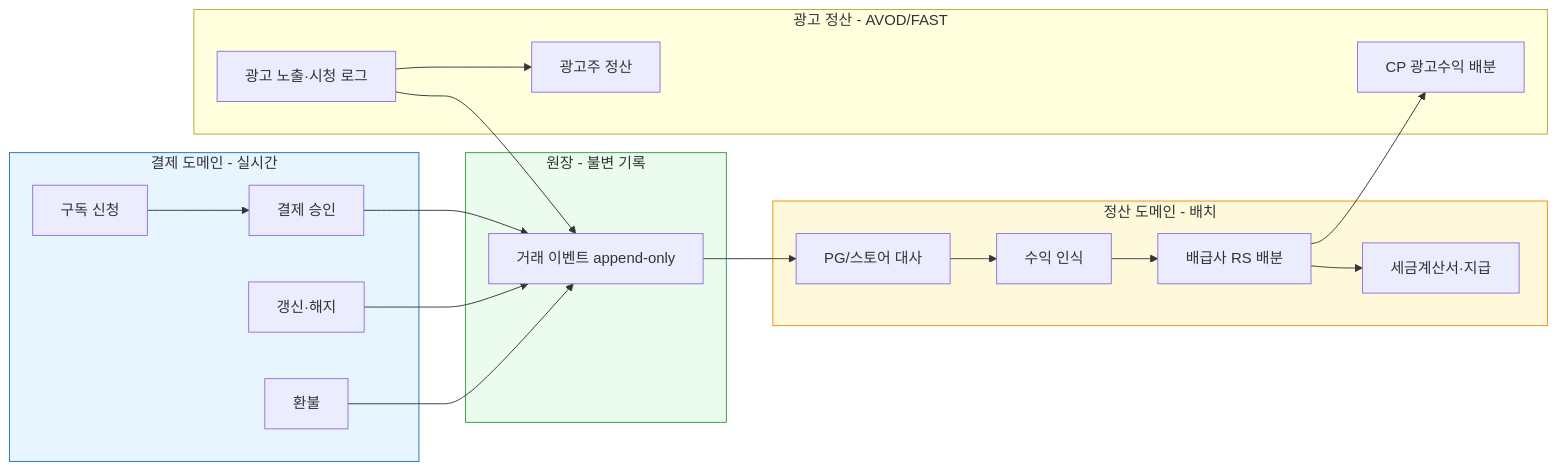
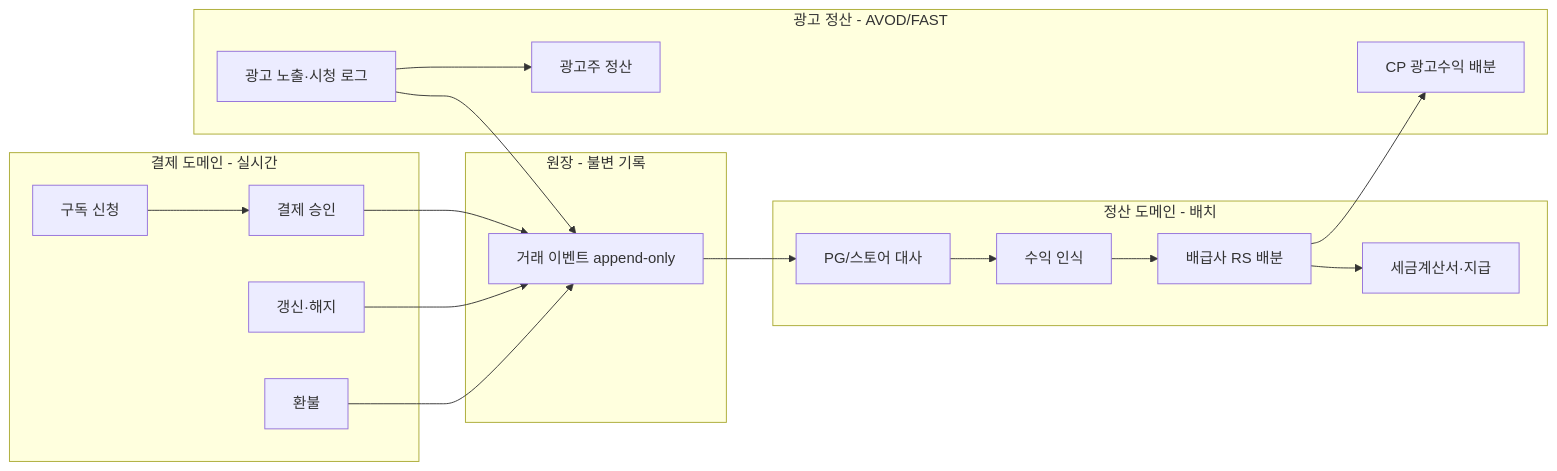
Before and after one commit to withwooyong/withwooyong.github.io: the first of 17 diagrams in pages/product-lead-loadmap/02_결제정산.md, drawn with Mermaid. The commit also changed other lines of this file and 16 other files, not shown here.

````diff
--- a/pages/product-lead-loadmap/02_결제정산.md
+++ b/pages/product-lead-loadmap/02_결제정산.md
@@ -54,39 +58,35 @@
 ```mermaid
 flowchart LR
     subgraph PAY["결제 도메인 - 실시간"]
         P1["구독 신청"]
         P2["결제 승인"]
         P3["갱신·해지"]
         P4["환불"]
     end
 
     subgraph LEDGER["원장 - 불변 기록"]
         L1["거래 이벤트 append-only"]
     end
 
     subgraph SETTLE["정산 도메인 - 배치"]
         S1["PG/스토어 대사"]
         S2["수익 인식"]
         S3["배급사 RS 배분"]
         S4["세금계산서·지급"]
     end
 
     subgraph AD["광고 정산 - AVOD/FAST"]
         A1["광고 노출·시청 로그"]
         A2["광고주 정산"]
         A3["CP 광고수익 배분"]
     end
 
     P1 --> P2 --> L1
     P3 --> L1
     P4 --> L1
     A1 --> L1
 
     L1 --> S1 --> S2 --> S3 --> S4
     A1 --> A2
     S3 --> A3
-
-    style LEDGER fill:#ebfbee,stroke:#2f9e44
-    style PAY fill:#e7f5ff,stroke:#1971c2
-    style SETTLE fill:#fff9db,stroke:#f08c00
 ```
````
